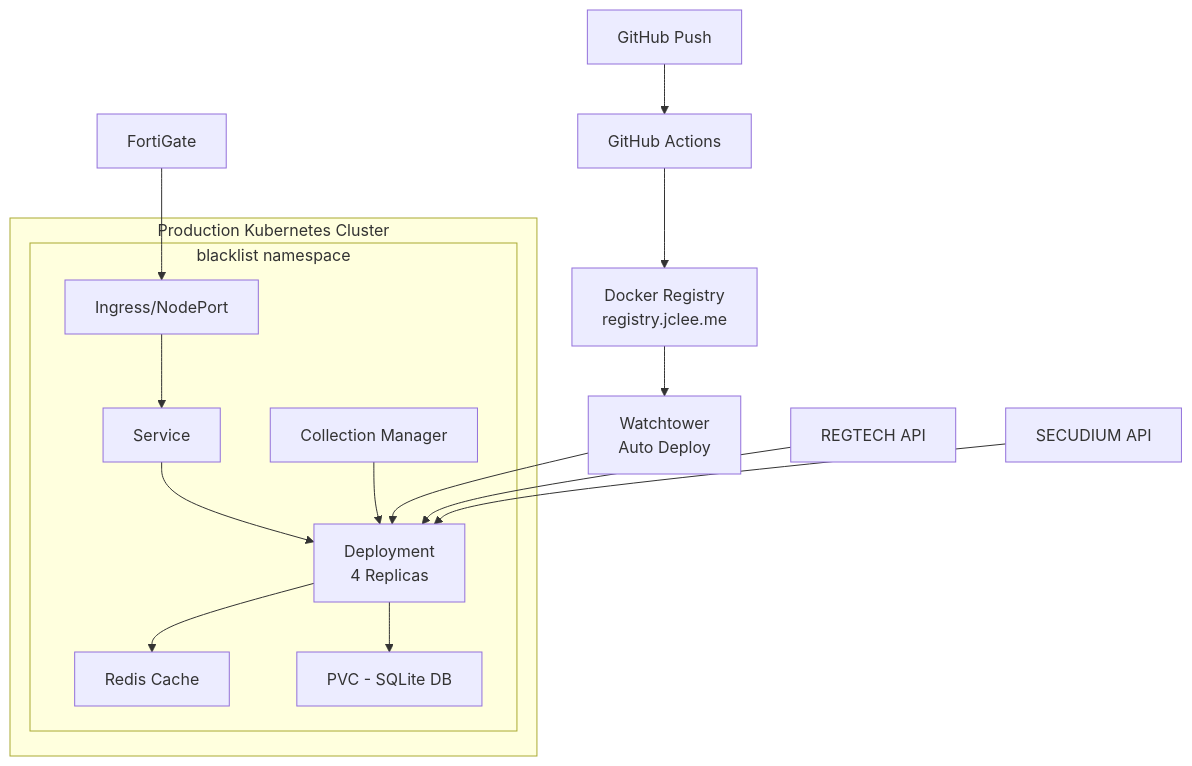
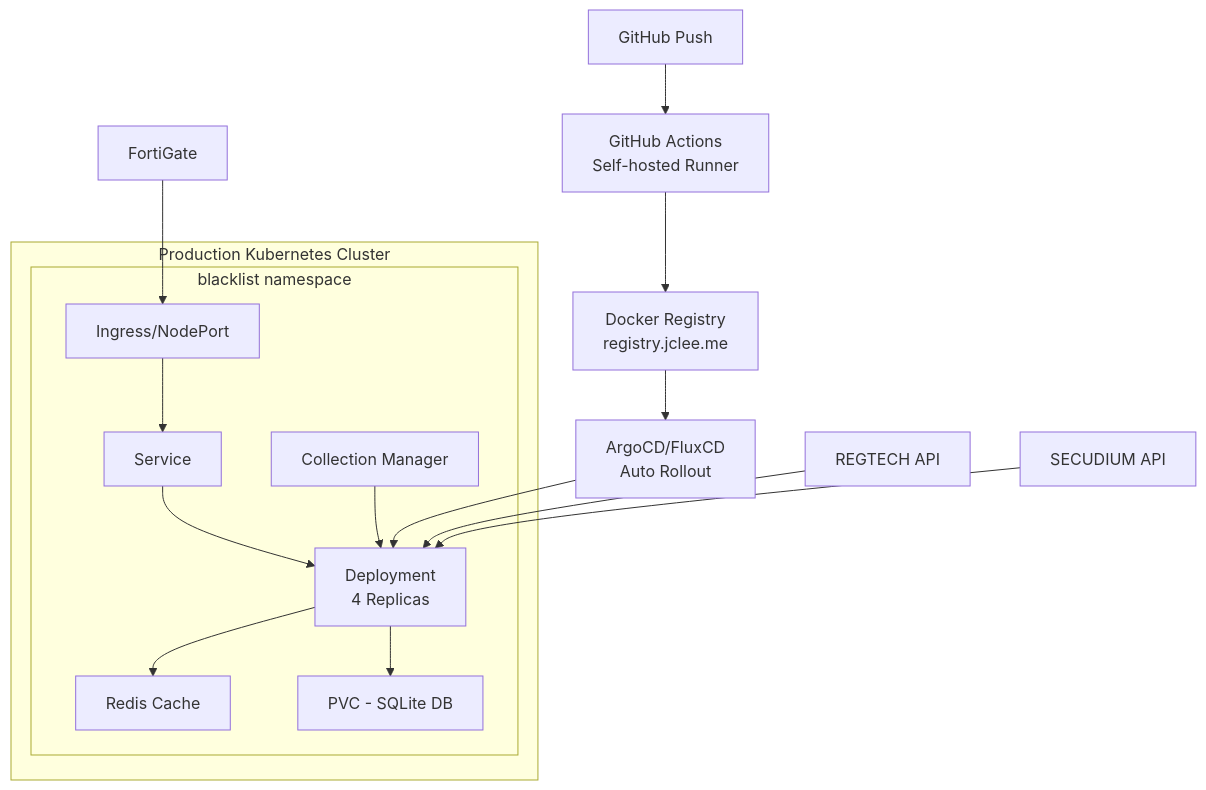
The diagram in README.md (JCLEE94/blacklist), drawn with Mermaid before and after one commit. The commit also changed other lines of this file and 4 other files, not shown here.

````diff
--- a/README.md
+++ b/README.md
@@ -11,21 +11,21 @@
 ```mermaid
 graph TB
     subgraph "Production Kubernetes Cluster"
         subgraph "blacklist namespace"
             A[Ingress/NodePort] --> B[Service]
             B --> C[Deployment<br/>4 Replicas]
             C --> D[Redis Cache]
             C --> E[PVC - SQLite DB]
             F[Collection Manager] --> C
         end
     end
     
-    H[GitHub Push] --> I[GitHub Actions]
+    H[GitHub Push] --> I[GitHub Actions<br/>Self-hosted Runner]
     I --> J[Docker Registry<br/>registry.jclee.me]
-    J --> K[Watchtower<br/>Auto Deploy]
+    J --> K[ArgoCD/FluxCD<br/>Auto Rollout]
     K --> C
     
     L[REGTECH API] --> C
     M[SECUDIUM API] --> C
     N[FortiGate] --> A
 ```
````
